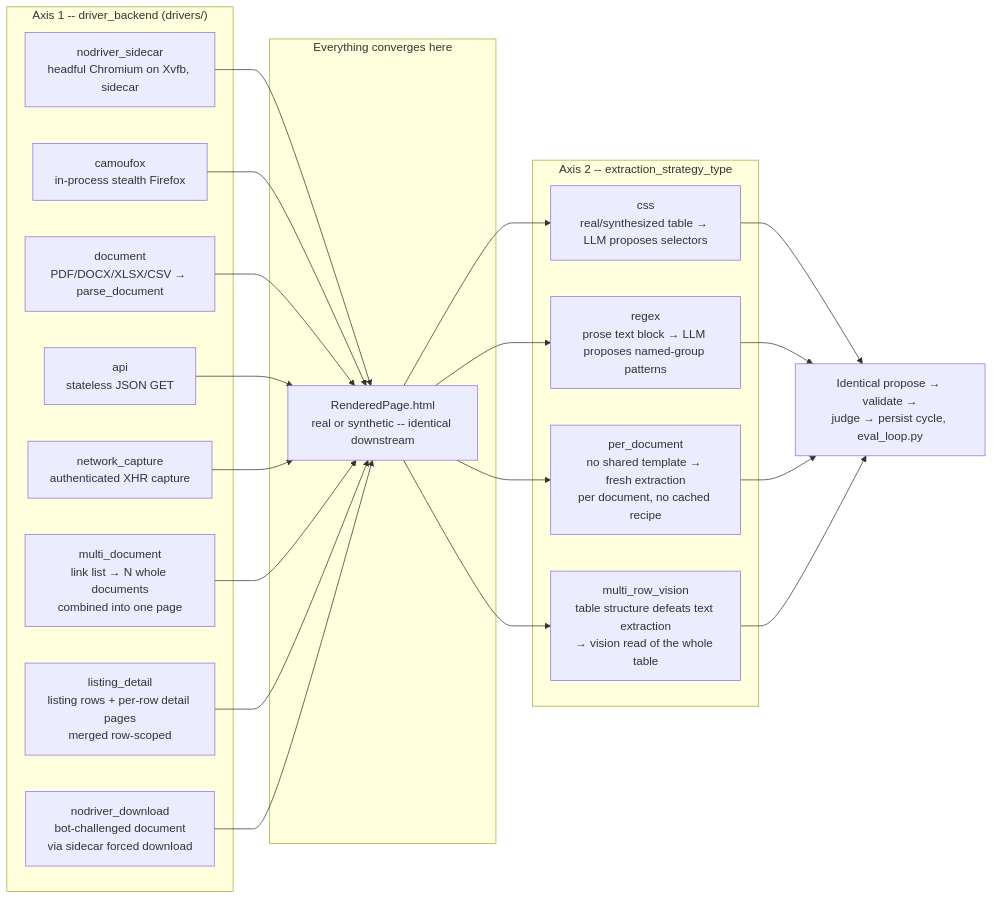
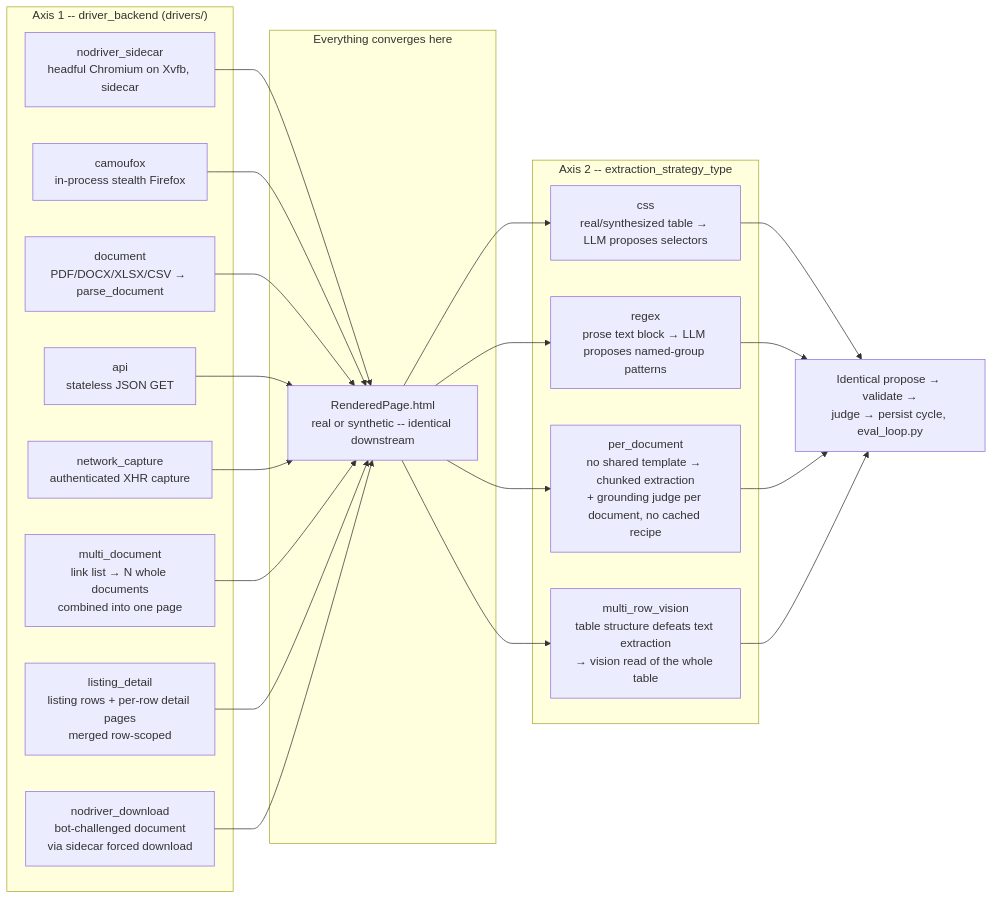
The second of 3 diagrams in packages/scrape/README.md (pacepace/3tears), drawn with Mermaid before and after one commit. The commit also changed other lines of this file and 4 other files, not shown here.

````diff
--- a/packages/scrape/README.md
+++ b/packages/scrape/README.md
@@ -104,28 +104,28 @@
 ```mermaid
 flowchart LR
     subgraph Fetch["Axis 1 -- driver_backend (drivers/)"]
         D1[nodriver_sidecar<br/>headful Chromium on Xvfb, sidecar]
         D2[camoufox<br/>in-process stealth Firefox]
         D3[document<br/>PDF/DOCX/XLSX/CSV → parse_document]
         D4[api<br/>stateless JSON GET]
         D5[network_capture<br/>authenticated XHR capture]
         D6[multi_document<br/>link list → N whole documents<br/>combined into one page]
         D7[listing_detail<br/>listing rows + per-row detail pages<br/>merged row-scoped]
         D8[nodriver_download<br/>bot-challenged document<br/>via sidecar forced download]
     end
     subgraph Converge["Everything converges here"]
         R[RenderedPage.html<br/>real or synthetic -- identical downstream]
     end
     subgraph Extract["Axis 2 -- extraction_strategy_type"]
         S1[css<br/>real/synthesized table → LLM proposes selectors]
         S2[regex<br/>prose text block → LLM proposes named-group patterns]
-        S3[per_document<br/>no shared template → fresh extraction<br/>per document, no cached recipe]
+        S3[per_document<br/>no shared template → chunked extraction<br/>+ grounding judge per document, no cached recipe]
         S4[multi_row_vision<br/>table structure defeats text extraction<br/>→ vision read of the whole table]
     end
     D1 & D2 & D3 & D4 & D5 & D6 & D7 & D8 --> R
     R --> S1
     R --> S2
     R --> S3
     R --> S4
     S1 & S2 & S3 & S4 --> J[Identical propose → validate →<br/>judge → persist cycle, eval_loop.py]
 ```
````
